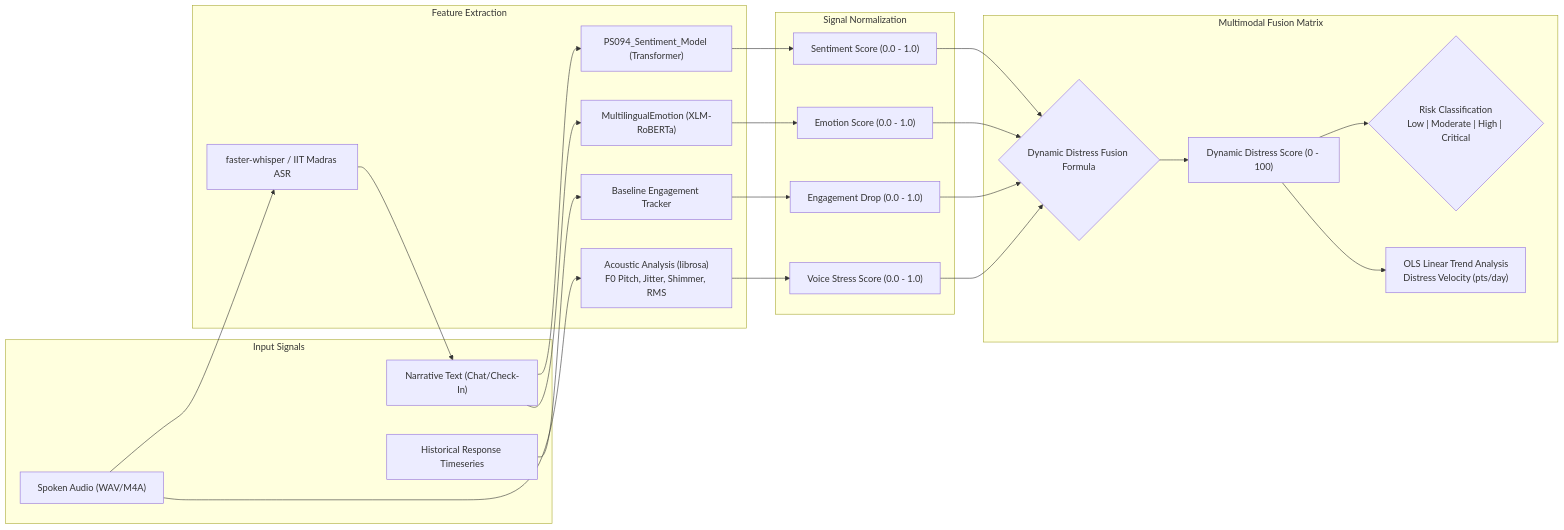
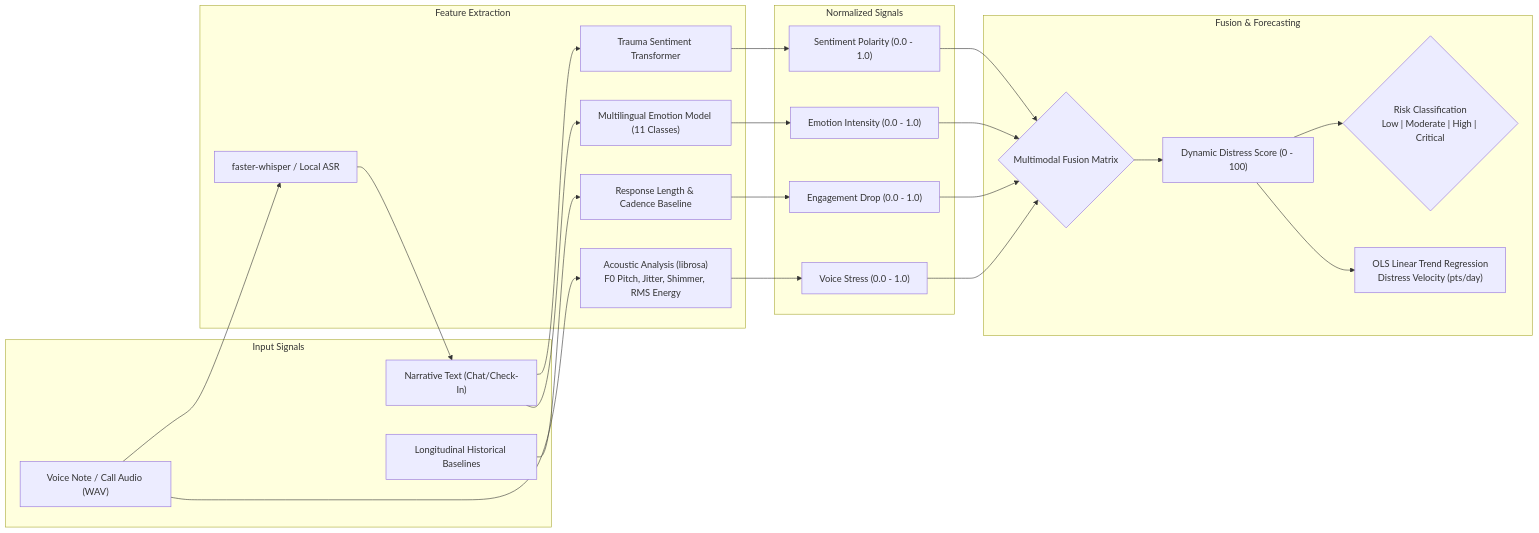
Before and after one commit to Ganga9115/Mansakha: the fifth of 7 diagrams in Mansakha/README.md, drawn with Mermaid. The commit also changed other lines of this file, not shown here.

Commit message:
docs: present README in pure architectural plan and logic format for evaluators

````diff
--- a/Mansakha/README.md
+++ b/Mansakha/README.md
@@ -199,44 +248,44 @@
 ```mermaid
 graph LR
     subgraph "Input Signals"
-        Audio["Spoken Audio (WAV/M4A)"]
+        Audio["Voice Note / Call Audio (WAV)"]
         Text["Narrative Text (Chat/Check-In)"]
-        History["Historical Response Timeseries"]
+        History["Longitudinal Historical Baselines"]
     end
 
     subgraph "Feature Extraction"
-        ASR["faster-whisper / IIT Madras ASR"]
-        Prosody["Acoustic Analysis (librosa)<br/>F0 Pitch, Jitter, Shimmer, RMS"]
-        Sentiment["PS094_Sentiment_Model (Transformer)"]
-        Emotion["MultilingualEmotion (XLM-RoBERTa)"]
-        Engagement["Baseline Engagement Tracker"]
+        ASR["faster-whisper / Local ASR"]
+        Prosody["Acoustic Analysis (librosa)<br/>F0 Pitch, Jitter, Shimmer, RMS Energy"]
+        Sentiment["Trauma Sentiment Transformer"]
+        Emotion["Multilingual Emotion Model (11 Classes)"]
+        Engagement["Response Length & Cadence Baseline"]
     end
 
-    subgraph "Signal Normalization"
-        VSS["Voice Stress Score (0.0 - 1.0)"]
-        SRS["Sentiment Score (0.0 - 1.0)"]
-        EMS["Emotion Score (0.0 - 1.0)"]
+    subgraph "Normalized Signals"
+        VSS["Voice Stress (0.0 - 1.0)"]
+        SRS["Sentiment Polarity (0.0 - 1.0)"]
+        EMS["Emotion Intensity (0.0 - 1.0)"]
         EDS["Engagement Drop (0.0 - 1.0)"]
     end
 
-    subgraph "Multimodal Fusion Matrix"
-        Fusion{"Dynamic Distress Fusion Formula"}
+    subgraph "Fusion & Forecasting"
+        Fusion{"Multimodal Fusion Matrix"}
         Score["Dynamic Distress Score (0 - 100)"]
         Tiers{"Risk Classification<br/>Low | Moderate | High | Critical"}
-        OLS["OLS Linear Trend Analysis<br/>Distress Velocity (pts/day)"]
+        OLS["OLS Linear Trend Regression<br/>Distress Velocity (pts/day)"]
     end
 
     Audio --> ASR --> Text
     Audio --> Prosody --> VSS
     Text --> Sentiment --> SRS
     Text --> Emotion --> EMS
     History --> Engagement --> EDS
 
     SRS --> Fusion
     VSS --> Fusion
     EMS --> Fusion
     EDS --> Fusion
 
     Fusion --> Score --> Tiers
     Score --> OLS
 ```
````
